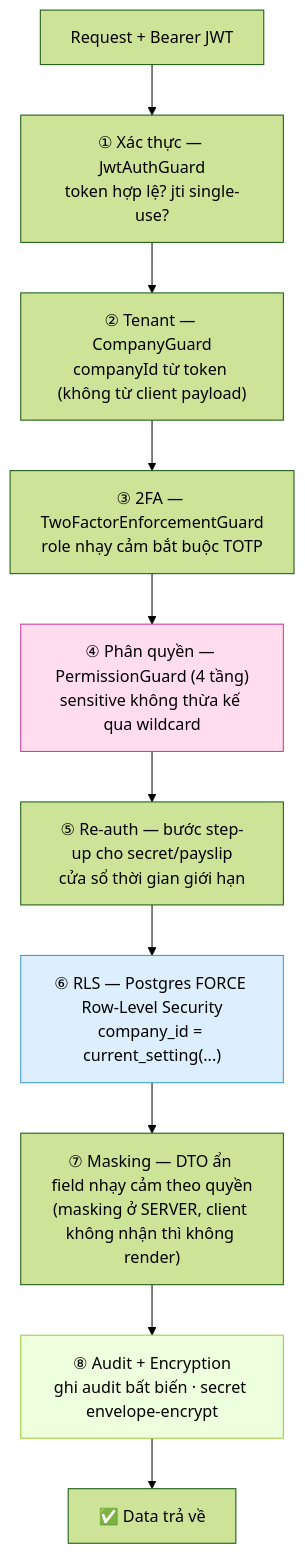
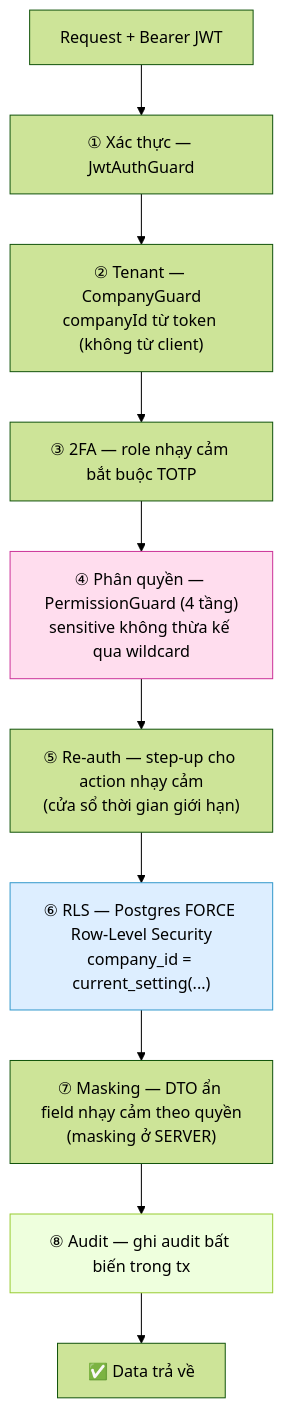
Before and after one commit to nguyencanhqk/mediaos: the fourth of 7 diagrams in docs/SYSTEM-DESIGN.md, drawn with Mermaid (forest theme). The commit also changed other lines of this file and 194 other files, not shown here.

````diff
--- a/docs/SYSTEM-DESIGN.md
+++ b/docs/SYSTEM-DESIGN.md
@@ -273,16 +181,15 @@
 ```mermaid
 flowchart TB
     REQ["Request + Bearer JWT"] --> L1
-    L1["① Xác thực — JwtAuthGuard<br/>token hợp lệ? jti single-use?"] --> L2
-    L2["② Tenant — CompanyGuard<br/>companyId từ token (không từ client payload)"] --> L3
-    L3["③ 2FA — TwoFactorEnforcementGuard<br/>role nhạy cảm bắt buộc TOTP"] --> L4
+    L1["① Xác thực — JwtAuthGuard"] --> L2
+    L2["② Tenant — CompanyGuard<br/>companyId từ token (không từ client)"] --> L3
+    L3["③ 2FA — role nhạy cảm bắt buộc TOTP"] --> L4
     L4["④ Phân quyền — PermissionGuard (4 tầng)<br/>sensitive không thừa kế qua wildcard"] --> L5
-    L5["⑤ Re-auth — bước step-up cho secret/payslip<br/>cửa sổ thời gian giới hạn"] --> L6
+    L5["⑤ Re-auth — step-up cho action nhạy cảm<br/>(cửa sổ thời gian giới hạn)"] --> L6
     L6["⑥ RLS — Postgres FORCE Row-Level Security<br/>company_id = current_setting(...)"] --> L7
-    L7["⑦ Masking — DTO ẩn field nhạy cảm theo quyền<br/>(masking ở SERVER, client không nhận thì không render)"] --> L8
-    L8["⑧ Audit + Encryption<br/>ghi audit bất biến · secret envelope-encrypt"] --> OK["✅ Data trả về"]
-
+    L7["⑦ Masking — DTO ẩn field nhạy cảm theo quyền<br/>(masking ở SERVER)"] --> L8
+    L8["⑧ Audit — ghi audit bất biến trong tx"] --> OK["✅ Data trả về"]
     style L4 fill:#fde,stroke:#c39
     style L6 fill:#def,stroke:#39c
     style L8 fill:#efd,stroke:#9c3
 ```
````
